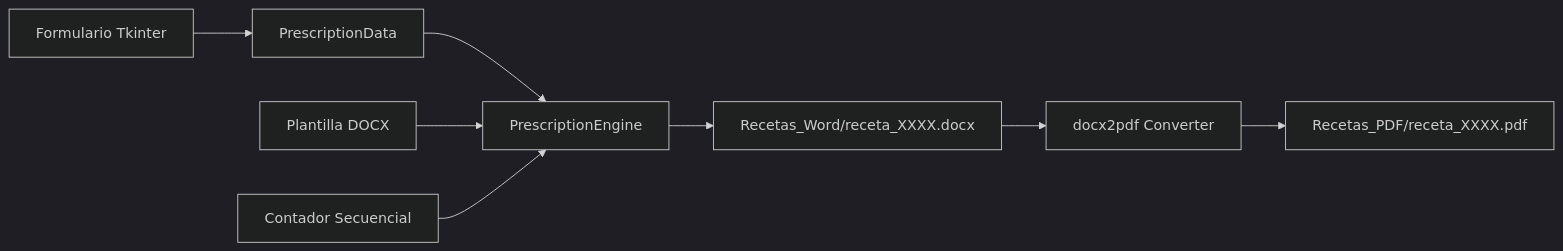
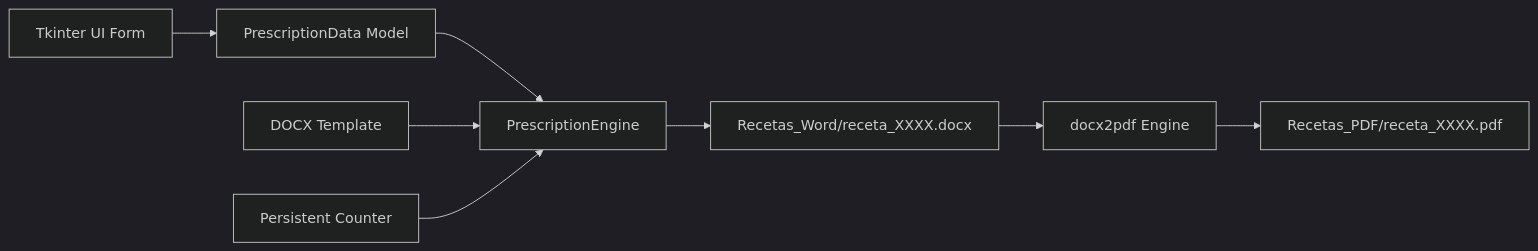
Before and after one commit to Klopezxd/vet-prescription-generator: the diagram in README.md, drawn with Mermaid (dark theme). The commit also changed other lines of this file and 6 other files, not shown here.

````diff
--- a/README.md
+++ b/README.md
@@ -30,10 +30,10 @@
 ```mermaid
 flowchart LR
-    A[Formulario Tkinter] --> B[PrescriptionData]
-    B --> C[PrescriptionEngine]
-    D[Plantilla DOCX] --> C
-    E[Contador Secuencial] --> C
-    C --> F[Recetas_Word/receta_XXXX.docx]
-    F --> G[docx2pdf Converter]
-    G --> H[Recetas_PDF/receta_XXXX.pdf]
+    A["Tkinter UI Form"] --> B["PrescriptionData Model"]
+    B --> C["PrescriptionEngine"]
+    D["DOCX Template"] --> C
+    E["Persistent Counter"] --> C
+    C --> F["Recetas_Word/receta_XXXX.docx"]
+    F --> G["docx2pdf Engine"]
+    G --> H["Recetas_PDF/receta_XXXX.pdf"]
 ```
````
